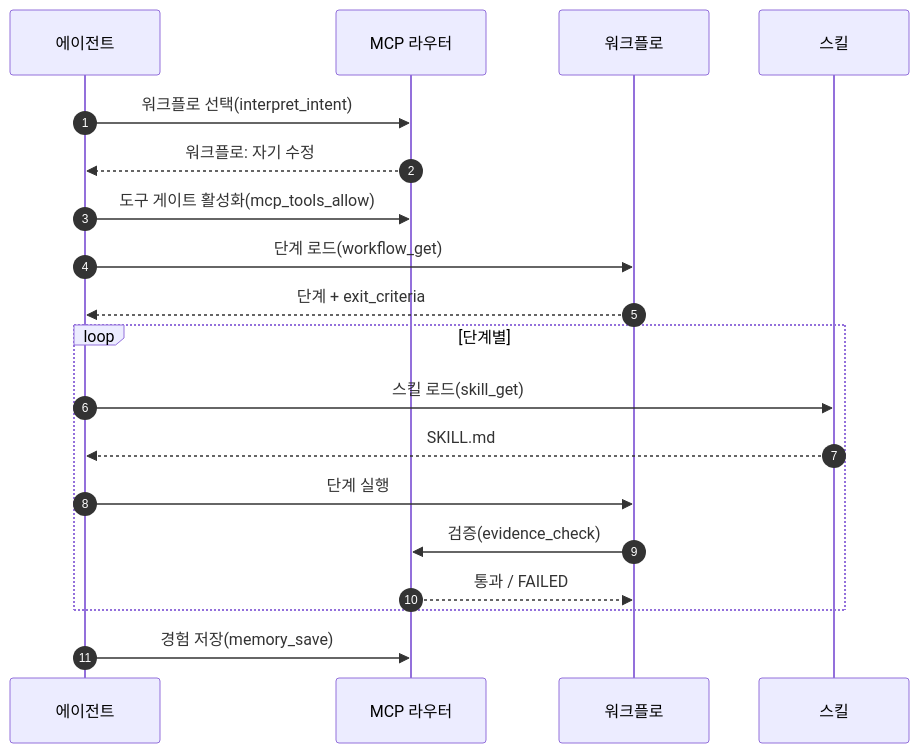
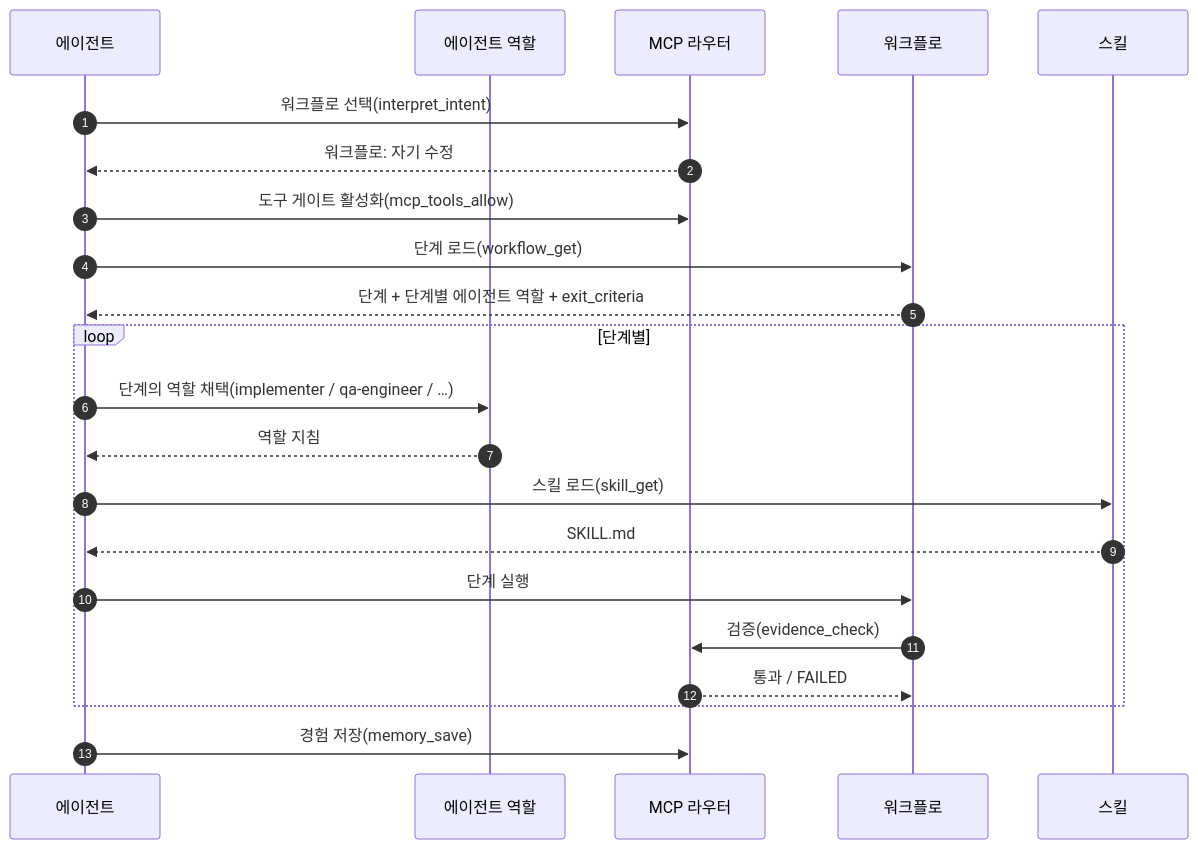
The diagram in README.ko.md (parkwoo/wawoo-agent-skills), drawn with Mermaid before and after one commit. The commit also changed 3 other files, not shown here.

Commit message:
docs: add the per-phase agent role to the sequence diagram (Agent / Agent role / MCP Router / Workflow / Skill)

````diff
--- a/README.ko.md
+++ b/README.ko.md
@@ -62,21 +62,24 @@
 ```mermaid
 sequenceDiagram
     autonumber
     participant A as 에이전트
+    participant G as 에이전트 역할
     participant R as MCP 라우터
     participant W as 워크플로
     participant S as 스킬
     A->>R: 워크플로 선택(interpret_intent)
     R-->>A: 워크플로: 자기 수정
     A->>R: 도구 게이트 활성화(mcp_tools_allow)
     A->>W: 단계 로드(workflow_get)
-    W-->>A: 단계 + exit_criteria
+    W-->>A: 단계 + 단계별 에이전트 역할 + exit_criteria
     loop 단계별
+        A->>G: 단계의 역할 채택(implementer / qa-engineer / …)
+        G-->>A: 역할 지침
         A->>S: 스킬 로드(skill_get)
         S-->>A: SKILL.md
         A->>W: 단계 실행
         W->>R: 검증(evidence_check)
         R-->>W: 통과 / FAILED
     end
     A->>R: 경험 저장(memory_save)
 ```
````
